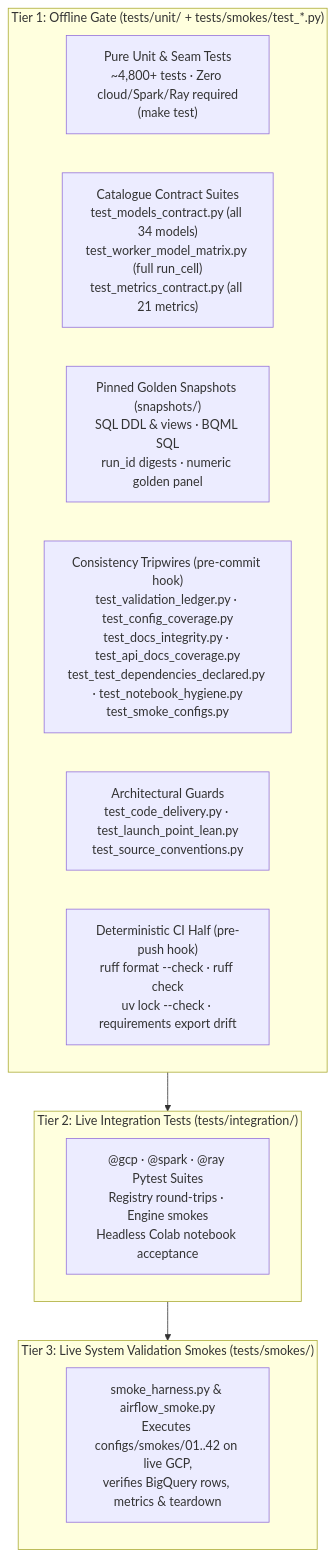
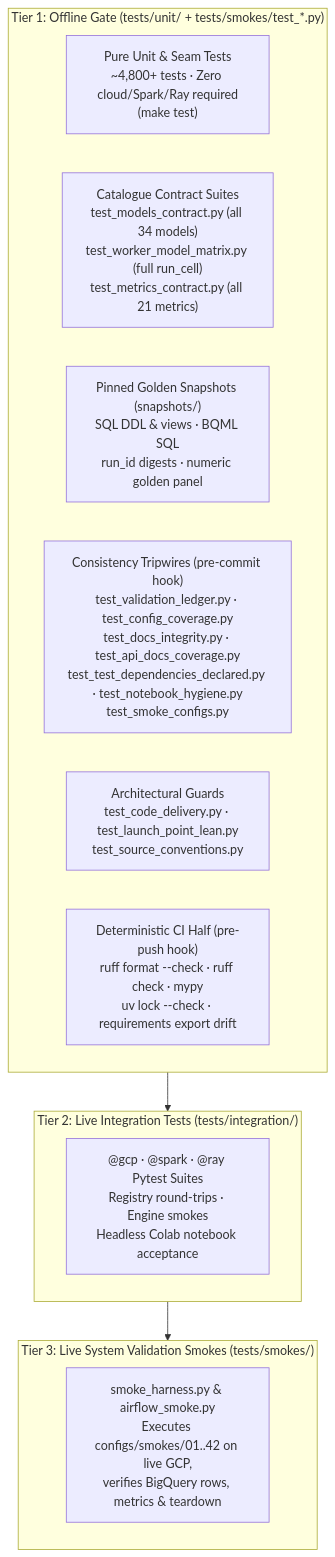
Before and after one commit to statmike/scale-forecasting: the diagram in tests/README.md, drawn with Mermaid. The commit also changed other lines of this file and 79 other files, not shown here.

````diff
--- a/tests/README.md
+++ b/tests/README.md
@@ -5,22 +5,22 @@
 ```mermaid
 flowchart TB
     subgraph offline["Tier 1: Offline Gate (tests/unit/ + tests/smokes/test_*.py)"]
         direction LR
         unit["Pure Unit & Seam Tests<br/>~4,800+ tests · Zero cloud/Spark/Ray required<br/>(make test)"]
         contracts["Catalogue Contract Suites<br/>test_models_contract.py (all 34 models)<br/>test_worker_model_matrix.py (full run_cell)<br/>test_metrics_contract.py (all 21 metrics)"]
         snaps["Pinned Golden Snapshots (snapshots/)<br/>SQL DDL & views · BQML SQL<br/>run_id digests · numeric golden panel"]
         trips["Consistency Tripwires (pre-commit hook)<br/>test_validation_ledger.py · test_config_coverage.py<br/>test_docs_integrity.py · test_api_docs_coverage.py<br/>test_test_dependencies_declared.py · test_notebook_hygiene.py<br/>test_smoke_configs.py"]
         guards["Architectural Guards<br/>test_code_delivery.py · test_launch_point_lean.py<br/>test_source_conventions.py"]
-        push["Deterministic CI Half (pre-push hook)<br/>ruff format --check · ruff check<br/>uv lock --check · requirements export drift"]
+        push["Deterministic CI Half (pre-push hook)<br/>ruff format --check · ruff check · mypy<br/>uv lock --check · requirements export drift"]
     end
 
     subgraph integ["Tier 2: Live Integration Tests (tests/integration/)"]
         it["@gcp · @spark · @ray Pytest Suites<br/>Registry round-trips · Engine smokes<br/>Headless Colab notebook acceptance"]
     end
 
     subgraph smokes["Tier 3: Live System Validation Smokes (tests/smokes/)"]
         sh["smoke_harness.py & airflow_smoke.py<br/>Executes configs/smokes/01..42 on live GCP,<br/>verifies BigQuery rows, metrics & teardown"]
     end
 
     offline --> integ --> smokes
 ```
````
